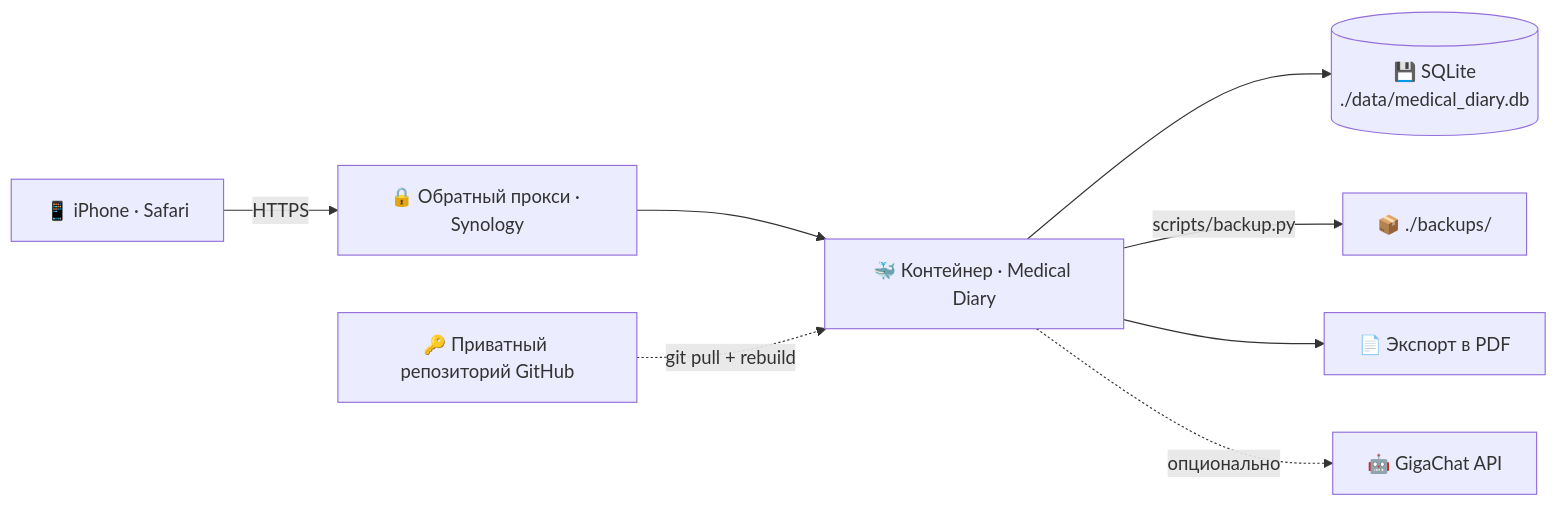
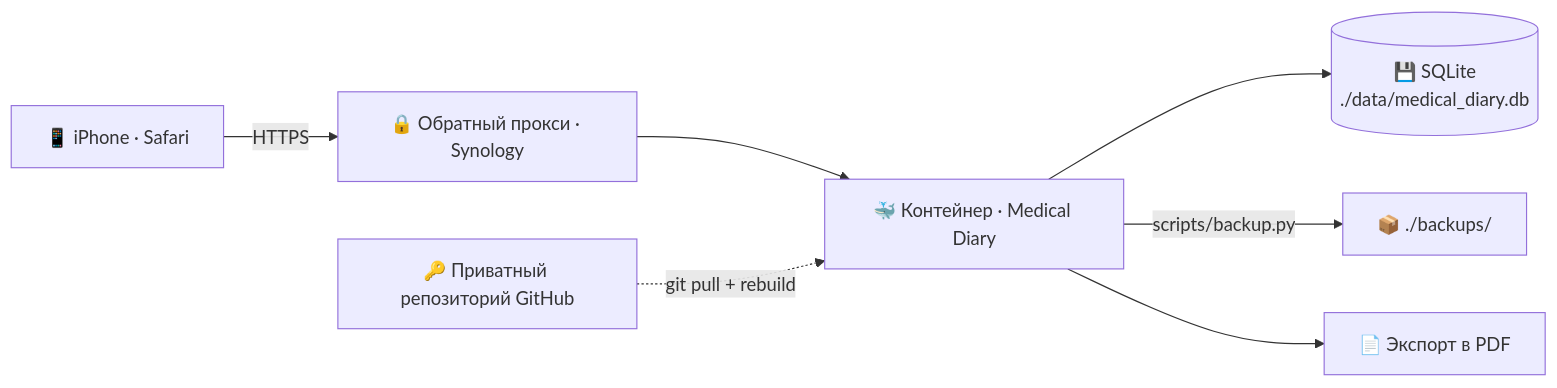
Before and after one commit to ceshbox-code/medical_diary: the diagram in README.md, drawn with Mermaid. The commit also changed other lines of this file and 2 other files, not shown here.

````diff
--- a/README.md
+++ b/README.md
@@ -87,10 +59,9 @@
 ```mermaid
 flowchart LR
     A["📱 iPhone · Safari"] -->|HTTPS| B["🔒 Обратный прокси · Synology"]
     B --> C["🐳 Контейнер · Medical Diary"]
     C --> D[("💾 SQLite<br/>./data/medical_diary.db")]
     C -->|scripts/backup.py| E["📦 ./backups/"]
     C --> F["📄 Экспорт в PDF"]
-    C -.->|опционально| H["🤖 GigaChat API"]
     G["🔑 Приватный репозиторий GitHub"] -.->|git pull + rebuild| C
 ```
````
